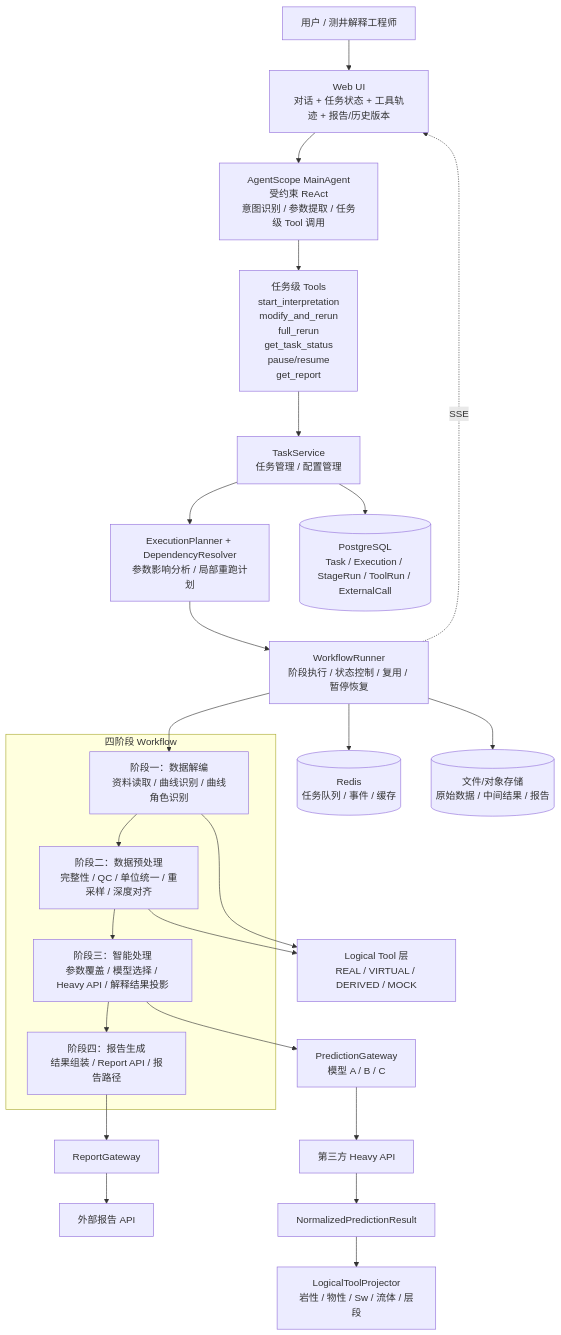
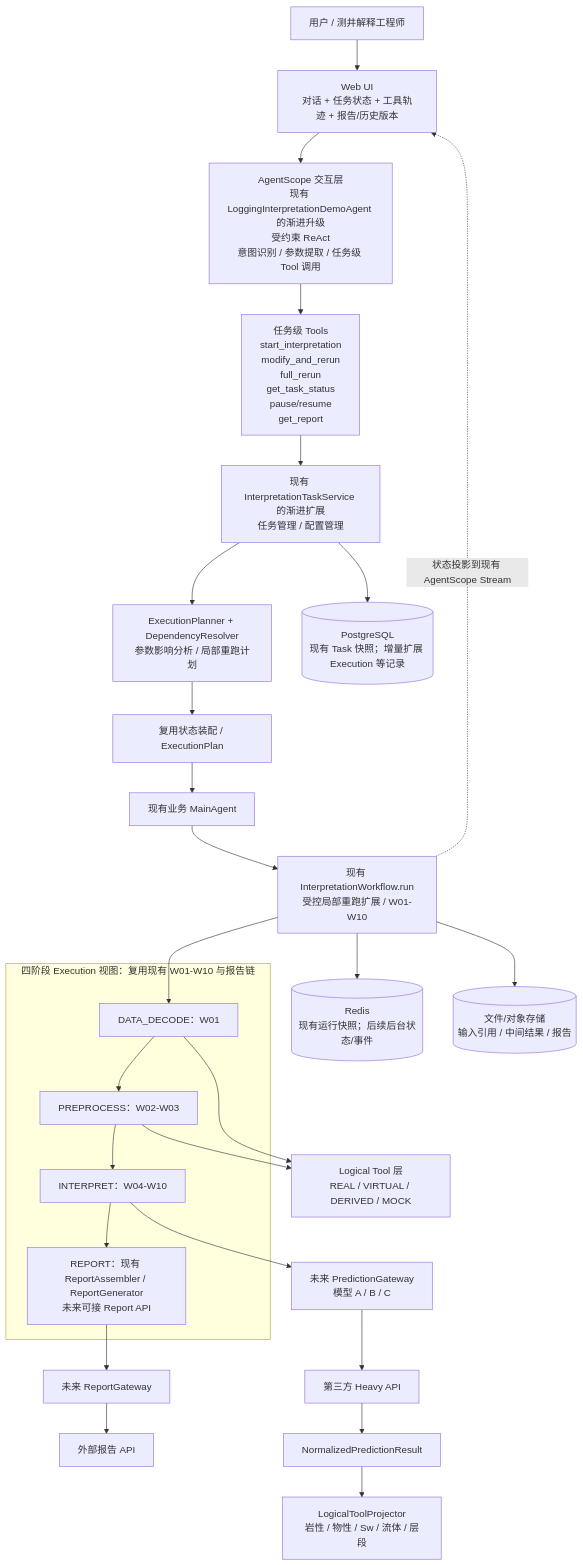
The first of 2 diagrams in docs/04-interactive-agent-architecture.md (hytgithub/cnlc-agentscope), drawn with Mermaid before and after one commit. The commit also changed other lines of this file and 1 other file, not shown here.

Commit message:
docs: align interactive agent design with gap analysis

````diff
--- a/docs/04-interactive-agent-architecture.md
+++ b/docs/04-interactive-agent-architecture.md
@@ -51,54 +51,54 @@
 ```mermaid
 flowchart TB
     U[用户 / 测井解释工程师] --> UI[Web UI
 对话 + 任务状态 + 工具轨迹 + 报告/历史版本]
-    UI --> A[AgentScope MainAgent
+    UI --> A[AgentScope 交互层
+现有 LoggingInterpretationDemoAgent 的渐进升级
 受约束 ReAct
 意图识别 / 参数提取 / 任务级 Tool 调用]
     A --> AT[任务级 Tools
 start_interpretation
 modify_and_rerun
 full_rerun
 get_task_status
 pause/resume
 get_report]
-    AT --> TS[TaskService
+    AT --> TS[现有 InterpretationTaskService 的渐进扩展
 任务管理 / 配置管理]
     TS --> EP[ExecutionPlanner + DependencyResolver
 参数影响分析 / 局部重跑计划]
-    EP --> WR[WorkflowRunner
-阶段执行 / 状态控制 / 复用 / 暂停恢复]
+    EP --> SA[复用状态装配 / ExecutionPlan]
+    SA --> BM[现有业务 MainAgent]
+    BM --> WR[现有 InterpretationWorkflow.run
+受控局部重跑扩展 / W01-W10]
 
-    subgraph WF[四阶段 Workflow]
-      D[阶段一：数据解编
-资料读取 / 曲线识别 / 曲线角色识别]
-      P[阶段二：数据预处理
-完整性 / QC / 单位统一 / 重采样 / 深度对齐]
-      I[阶段三：智能处理
-参数覆盖 / 模型选择 / Heavy API / 解释结果投影]
-      R[阶段四：报告生成
-结果组装 / Report API / 报告路径]
+    subgraph WF[四阶段 Execution 视图：复用现有 W01-W10 与报告链]
+      D[DATA_DECODE：W01]
+      P[PREPROCESS：W02-W03]
+      I[INTERPRET：W04-W10]
+      R[REPORT：现有 ReportAssembler / ReportGenerator
+未来可接 Report API]
       D --> P --> I --> R
     end
 
     WR --> D
     D --> LT[Logical Tool 层
 REAL / VIRTUAL / DERIVED / MOCK]
     P --> LT
-    I --> PG[PredictionGateway
+    I --> PG[未来 PredictionGateway
 模型 A / B / C]
     PG --> HAPI[第三方 Heavy API]
     HAPI --> N[NormalizedPredictionResult]
     N --> VP[LogicalToolProjector
 岩性 / 物性 / Sw / 流体 / 层段]
-    R --> RG[ReportGateway]
+    R --> RG[未来 ReportGateway]
     RG --> RAPI[外部报告 API]
 
     TS --> DB[(PostgreSQL
-Task / Execution / StageRun / ToolRun / ExternalCall)]
+现有 Task 快照；增量扩展 Execution 等记录)]
     WR --> REDIS[(Redis
-任务队列 / 事件 / 缓存)]
+现有运行快照；后续后台状态/事件)]
     WR --> FS[(文件/对象存储
-原始数据 / 中间结果 / 报告)]
-    WR -. SSE .-> UI
+输入引用 / 中间结果 / 报告)]
+    WR -. 状态投影到现有 AgentScope Stream .-> UI
 ```
````
